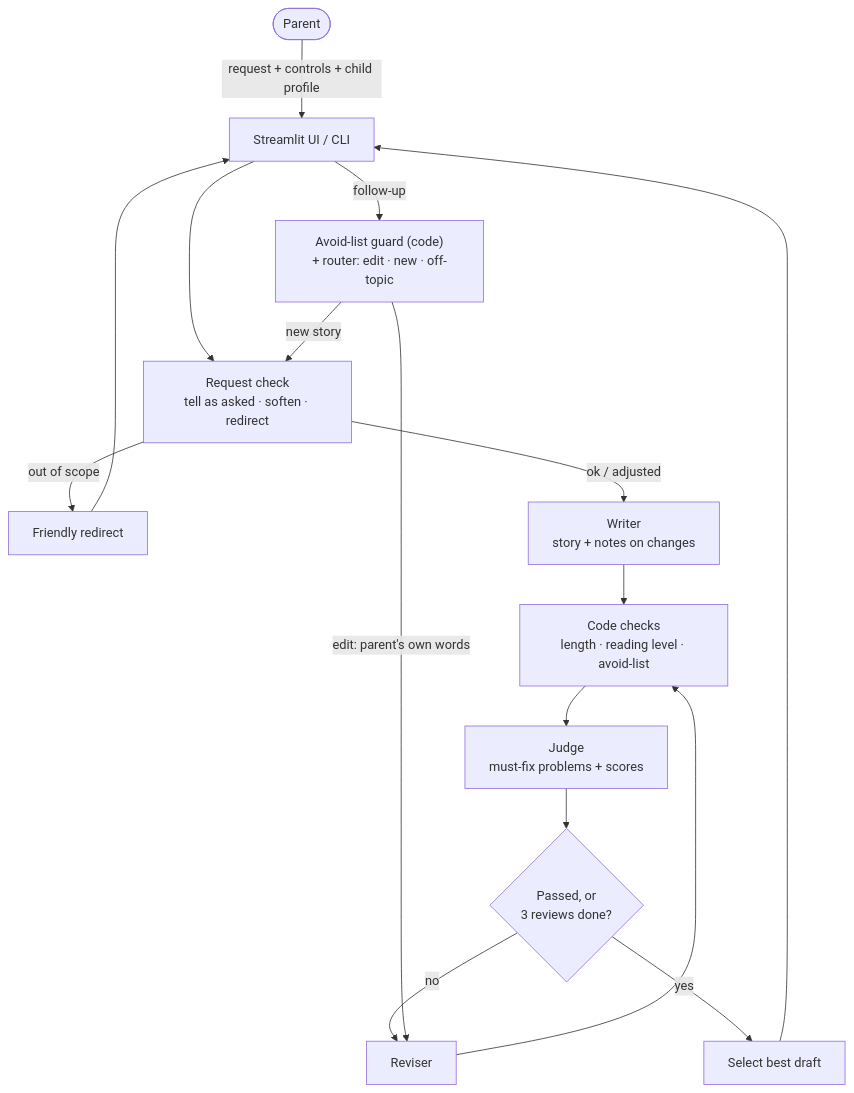
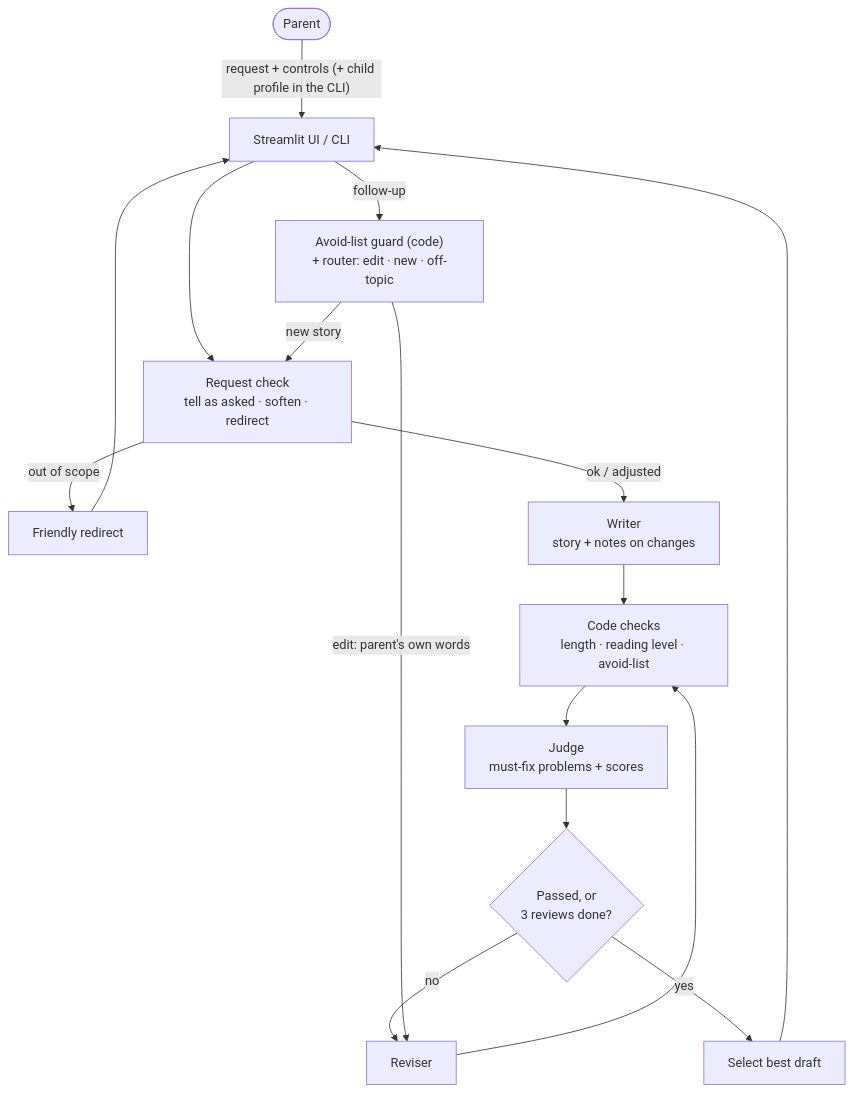
Before and after one commit to AdwaitMahadar/Bedtime-Stories: the diagram in docs/DESIGN.md, drawn with Mermaid. The commit also changed other lines of this file and 29 other files, not shown here.

````diff
--- a/docs/DESIGN.md
+++ b/docs/DESIGN.md
@@ -7,18 +7,18 @@
 ```mermaid
 flowchart TD
-    U(["Parent"]) -->|"request + controls + child profile"| UI["Streamlit UI / CLI"]
+    U(["Parent"]) -->|"request + controls (+ child profile in the CLI)"| UI["Streamlit UI / CLI"]
     UI --> A["Request check<br/>tell as asked · soften · redirect"]
     A -->|"out of scope"| X["Friendly redirect"]
     X --> UI
     A -->|"ok / adjusted"| W["Writer<br/>story + notes on changes"]
     W --> C["Code checks<br/>length · reading level · avoid-list"]
     C --> J["Judge<br/>must-fix problems + scores"]
     J --> D{"Passed, or<br/>3 reviews done?"}
     D -->|"no"| R["Reviser"]
     R --> C
     D -->|"yes"| S["Select best draft"]
     S --> UI
     UI -->|"follow-up"| G["Avoid-list guard (code)<br/>+ router: edit · new · off-topic"]
     G -->|"edit: parent's own words"| R
     G -->|"new story"| A
 ```
````
